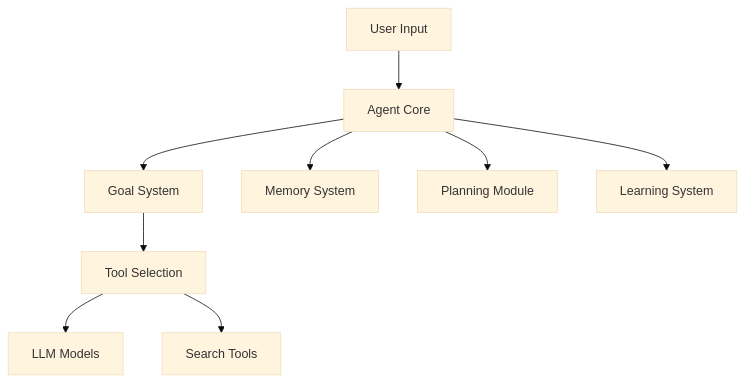
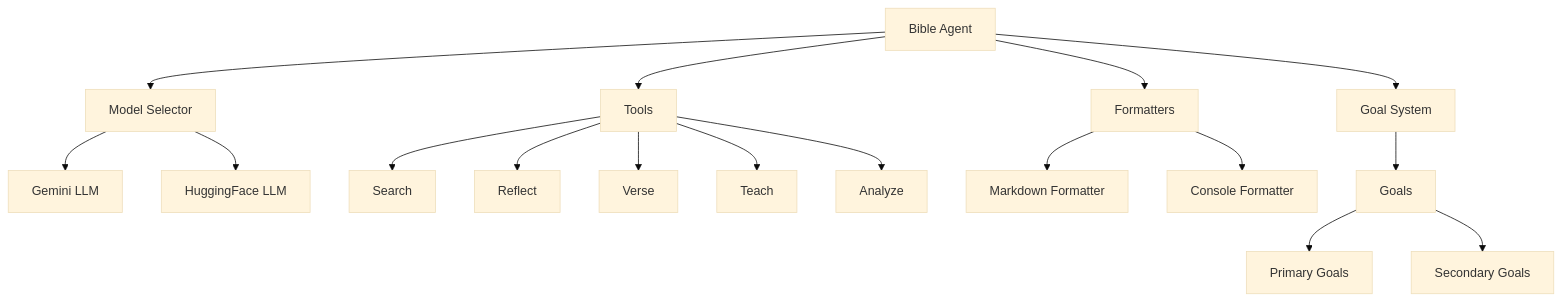
One commit to ashioyajotham/bible changed the diagram in README.md. Above: the diagram before and after it, drawn with Mermaid (base theme). The commit also changed other lines of this file and 2 other files, not shown here.

````diff
--- a/README.md
+++ b/README.md
@@ -19,11 +7,23 @@
 ```mermaid
 graph TD
-    A[User Input] --> B[Agent Core]
-    B --> C[Goal System]
-    B --> D[Memory System]
-    B --> E[Planning Module]
-    B --> F[Learning System]
-    C --> G[Tool Selection]
-    G --> H[LLM Models]
-    G --> I[Search Tools]
+    A[Bible Agent] --> B[Model Selector]
+    A --> C[Goal System]
+    A --> D[Tools]
+    A --> E[Formatters]
+    
+    B --> F[Gemini LLM]
+    B --> G[HuggingFace LLM]
+    
+    D --> H[Search]
+    D --> I[Reflect]
+    D --> J[Verse]
+    D --> K[Teach]
+    D --> L[Analyze]
+    
+    E --> M[Markdown Formatter]
+    E --> N[Console Formatter]
+    
+    C --> O[Goals]
+    O --> P[Primary Goals]
+    O --> Q[Secondary Goals]
 ```
````
